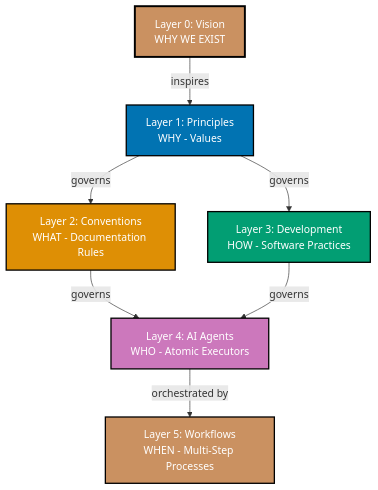
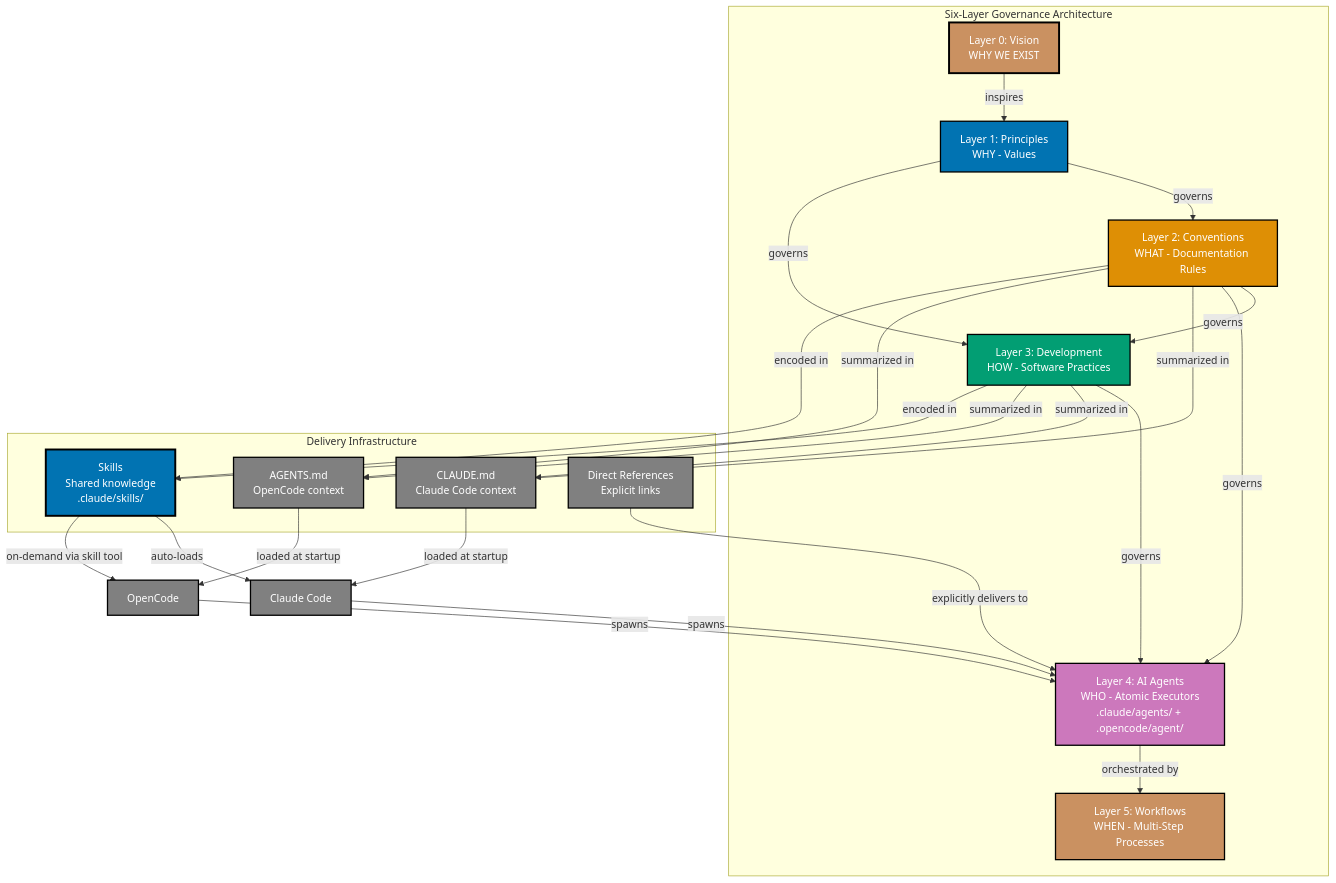
One commit to wahidyankf/open-sharia-enterprise changed the diagram in docs/explanation/README.md. Above: the diagram before and after it, drawn with Mermaid.

Commit message:
refactor(docs): update diagram to show delivery infrastructure
- Replace simple 6-layer diagram with comprehensive architecture diagram
- Add Delivery Infrastructure subgraph (CLAUDE.md, AGENTS.md, Skills, Direct References)
- Show relationships: loaded at startup, spawns agents, auto-loads vs on-demand
- Aligns diagram with delivery infrastructure text section added previously

````diff
--- a/docs/explanation/README.md
+++ b/docs/explanation/README.md
@@ -49,24 +49,54 @@
 ```mermaid
-%% Color Palette: Blue #0173B2, Orange #DE8F05, Teal #029E73, Purple #CC78BC, Brown #CA9161
+%% Color Palette: Blue #0173B2, Orange #DE8F05, Teal #029E73, Purple #CC78BC, Brown #CA9161, Gray #808080
 graph TD
-	L0[Layer 0: Vision<br/>WHY WE EXIST]
-	L1[Layer 1: Principles<br/>WHY - Values]
-	L2[Layer 2: Conventions<br/>WHAT - Documentation Rules]
-	L3[Layer 3: Development<br/>HOW - Software Practices]
-	L4[Layer 4: AI Agents<br/>WHO - Atomic Executors]
-	L5[Layer 5: Workflows<br/>WHEN - Multi-Step Processes]
+    subgraph Governance["Six-Layer Governance Architecture"]
+        L0[Layer 0: Vision<br/>WHY WE EXIST]
+        L1[Layer 1: Principles<br/>WHY - Values]
+        L2[Layer 2: Conventions<br/>WHAT - Documentation Rules]
+        L3[Layer 3: Development<br/>HOW - Software Practices]
+        L4[Layer 4: AI Agents<br/>WHO - Atomic Executors<br/>.claude/agents/ + .opencode/agent/]
+        L5[Layer 5: Workflows<br/>WHEN - Multi-Step Processes]
+    end
 
-	L0 -->|inspires| L1
-	L1 -->|governs| L2
-	L1 -->|governs| L3
-	L2 -->|governs| L4
-	L3 -->|governs| L4
-	L4 -->|orchestrated by| L5
+    subgraph Delivery["Delivery Infrastructure"]
+        CM[CLAUDE.md<br/>Claude Code context]
+        AM[AGENTS.md<br/>OpenCode context]
+        SK[Skills<br/>Shared knowledge<br/>.claude/skills/]
+        DR[Direct References<br/>Explicit links]
+    end
 
-	style L0 fill:#CA9161,stroke:#000000,color:#FFFFFF,stroke-width:3px
-	style L1 fill:#0173B2,stroke:#000000,color:#FFFFFF,stroke-width:2px
-	style L2 fill:#DE8F05,stroke:#000000,color:#FFFFFF,stroke-width:2px
-	style L3 fill:#029E73,stroke:#000000,color:#FFFFFF,stroke-width:2px
-	style L4 fill:#CC78BC,stroke:#000000,color:#FFFFFF,stroke-width:2px
-	style L5 fill:#CA9161,stroke:#000000,color:#FFFFFF,stroke-width:2px
+    L0 -->|inspires| L1
+    L1 -->|governs| L2
+    L1 -->|governs| L3
+    L2 -->|governs| L3
+    L2 -->|governs| L4
+    L3 -->|governs| L4
+    L4 -->|orchestrated by| L5
+
+    L2 -->|summarized in| CM
+    L2 -->|summarized in| AM
+    L2 -->|encoded in| SK
+    L3 -->|summarized in| CM
+    L3 -->|summarized in| AM
+    L3 -->|encoded in| SK
+    CM -->|loaded at startup| OCC[Claude Code]
+    AM -->|loaded at startup| OOC[OpenCode]
+    OCC -->|spawns| L4
+    OOC -->|spawns| L4
+    SK -->|auto-loads| OCC
+    SK -->|on-demand via skill tool| OOC
+    DR -->|explicitly delivers to| L4
+
+    style L0 fill:#CA9161,stroke:#000000,color:#FFFFFF,stroke-width:3px
+    style L1 fill:#0173B2,stroke:#000000,color:#FFFFFF,stroke-width:2px
+    style L2 fill:#DE8F05,stroke:#000000,color:#FFFFFF,stroke-width:2px
+    style L3 fill:#029E73,stroke:#000000,color:#FFFFFF,stroke-width:2px
+    style L4 fill:#CC78BC,stroke:#000000,color:#FFFFFF,stroke-width:2px
+    style L5 fill:#CA9161,stroke:#000000,color:#FFFFFF,stroke-width:2px
+    style OCC fill:#808080,stroke:#000000,color:#FFFFFF,stroke-width:2px
+    style OOC fill:#808080,stroke:#000000,color:#FFFFFF,stroke-width:2px
+    style CM fill:#808080,stroke:#000000,color:#FFFFFF,stroke-width:2px
+    style AM fill:#808080,stroke:#000000,color:#FFFFFF,stroke-width:2px
+    style SK fill:#0173B2,stroke:#000000,color:#FFFFFF,stroke-width:3px
+    style DR fill:#808080,stroke:#000000,color:#FFFFFF,stroke-width:2px
 ```
````
